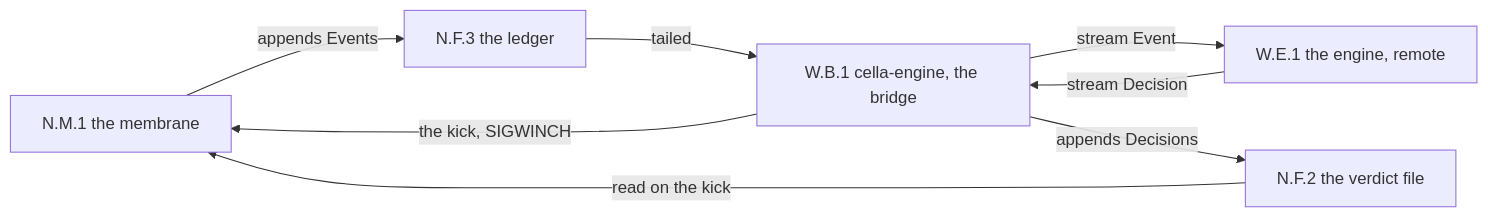
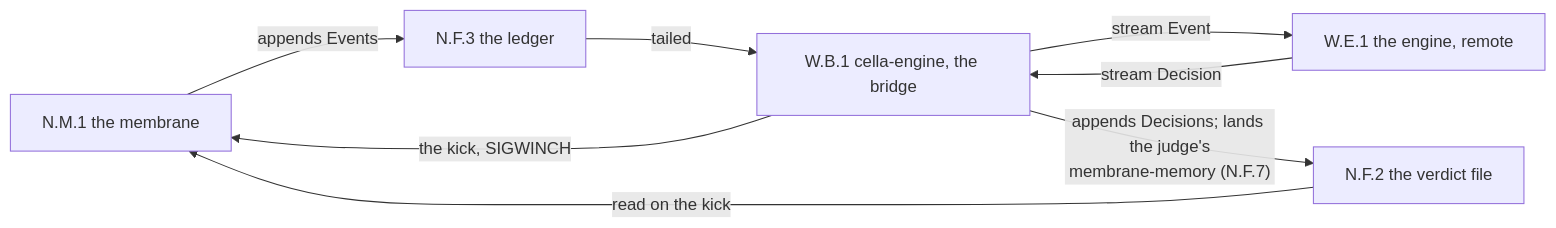
Before and after one commit to omne-earth/cella: the first of 2 diagrams in docs/WORLD-ENGINE.md, drawn with Mermaid. The commit also changed other lines of this file and 7 other files, not shown here.

Commit message:
State the membrane-memory law: N.F.7, the gRPC-only seam, and the mm gate contract

````diff
--- a/docs/WORLD-ENGINE.md
+++ b/docs/WORLD-ENGINE.md
@@ -20,15 +20,15 @@
 ```mermaid
 graph LR
     M1["N.M.1 the membrane"]
     LG["N.F.3 the ledger"]
     VD["N.F.2 the verdict file"]
     B["W.B.1 cella-engine, the bridge"]
     E["W.E.1 the engine, remote"]
     M1 -->|"appends Events"| LG
     LG -->|"tailed"| B
     B -->|"stream Event"| E
     E -->|"stream Decision"| B
-    B -->|"appends Decisions"| VD
+    B -->|"appends Decisions; lands the judge's<br/>membrane-memory (N.F.7)"| VD
     B -->|"the kick, SIGWINCH"| M1
     VD -->|"read on the kick"| M1
 ```
````
